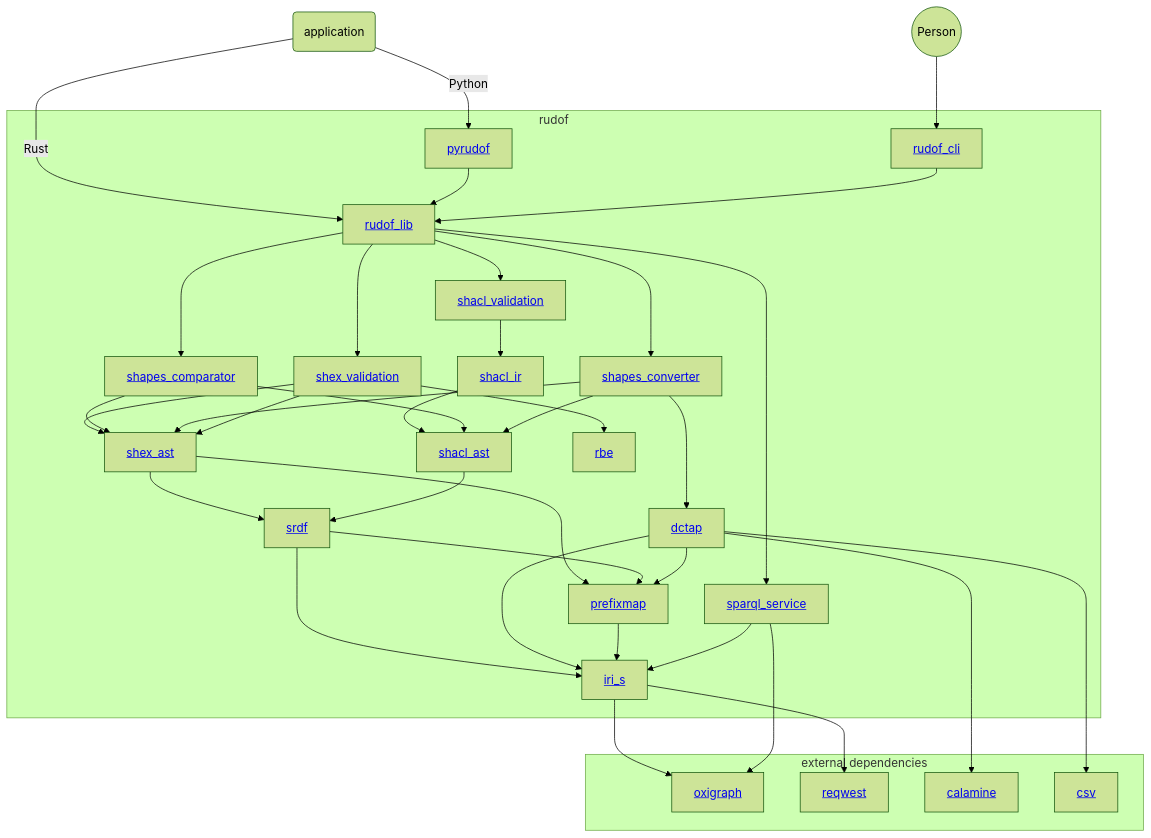
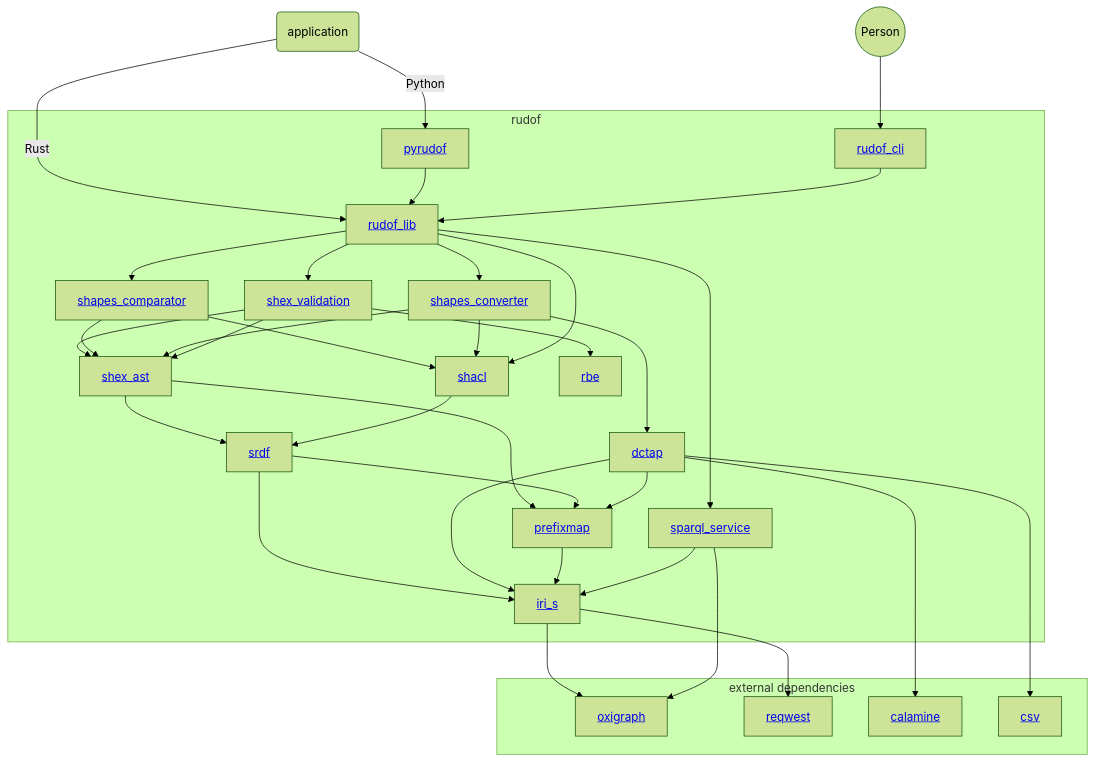
One commit to rudof-project/rudof changed the diagram in docs/src/overview.md. Above: the diagram before and after it, drawn with Mermaid (forest theme). The commit also changed 7 other files, not shown here.

Commit message:
docs(web): removed references to old shacl crates

````diff
--- a/docs/src/overview.md
+++ b/docs/src/overview.md
@@ -25,64 +25,60 @@
 ```mermaid
 graph TD;
  user((Person)) --> rudof_cli;
  application(application);
  application -->|Rust| rudof_lib ;
  application --> |Python| pyrudof ;
  iri_s --> oxigraph;
  iri_s --> reqwest ;
  dctap --> calamine ;
  dctap --> csv ;
  sparql_service --> oxigraph ;
 subgraph rudof
     rudof_lib[<a href='https://crates.io/crates/rudof_lib'>rudof_lib</a>];
     rudof_cli[<a href='https://crates.io/crates/rudof_cli'>rudof_cli</a>];
     pyrudof[<a href='https://pypi.org/project/pyrudof/'>pyrudof</a>];
     shex_ast[<a href='https://crates.io/crates/shex_ast'>shex_ast</a>];
     srdf[<a href='https://crates.io/crates/srdf'>srdf</a>];
     shex_validation[<a href='https://crates.io/crates/shex_validation'>shex_validation</a>];
-    shacl_validation[<a href='https://crates.io/crates/shacl_validation'>shacl_validation</a>];
-    shacl_ir[<a href='https://crates.io/crates/shacl_ir'>shacl_ir</a>];
-    shacl_ast[<a href='https://crates.io/crates/shacl_ast'>shacl_ast</a>];
+    shacl[<a href='https://crates.io/crates/shacl'>shacl</a>];
     iri_s[<a href='https://crates.io/crates/iri_s'>iri_s</a>];
     prefixmap[<a href='https://crates.io/crates/prefixmap'>prefixmap</a>];
     rbe[<a href='https://crates.io/crates/rbe'>rbe</a>];
     shapes_converter[<a href='https://crates.io/crates/shapes_converter'>shapes_converter</a>];
     shapes_comparator[<a href='https://crates.io/crates/shapes_comparator'>shapes_comparator</a>];
  dctap[<a href='https://crates.io/crates/dctap'>dctap</a>];
  sparql_service[<a href='https://crates.io/crates/sparql_service'>sparql_service</a>];
 
  pyrudof --> rudof_lib ;
  rudof_cli --> rudof_lib ;
  shex_ast --> srdf ;
  shex_validation-->shex_ast;
  srdf-->iri_s;
- shacl_ir --> shacl_ast;
- shacl_ast-->srdf;
- shacl_validation-->shacl_ir;
+ shacl-->srdf;
  shex_ast-->prefixmap;
  srdf-->prefixmap;
  shex_validation-->rbe;
  dctap-->prefixmap;
  dctap --> iri_s;
 
  shapes_comparator-->shex_ast;
- shapes_comparator-->shacl_ast;
- shapes_converter-->shacl_ast;
+ shapes_comparator-->shacl;
+ shapes_converter-->shacl;
  shapes_converter-->shex_ast;
  shapes_converter-->dctap;
  prefixmap --> iri_s ;
  shex_validation --> shex_ast
  sparql_service --> iri_s ;
  rudof_lib --> shex_validation ;
- rudof_lib --> shacl_validation ;
+ rudof_lib --> shacl ;
  rudof_lib --> shapes_converter ;
  rudof_lib --> sparql_service ;
  rudof_lib --> shapes_comparator ;
 end
 subgraph external dependencies
  oxigraph[<a href='https://crates.io/crates/oxigraph'>oxigraph</a>] ;
  calamine[<a href='https://docs.rs/calamine/latest/calamine/'>calamine</a>] ;
  reqwest[<a href='https://docs.rs/reqwest/latest/reqwest/'>reqwest</a>] ;
  csv[<a href='https://docs.rs/csv/latest/csv/'>csv</a>]
 end
 ```
````
